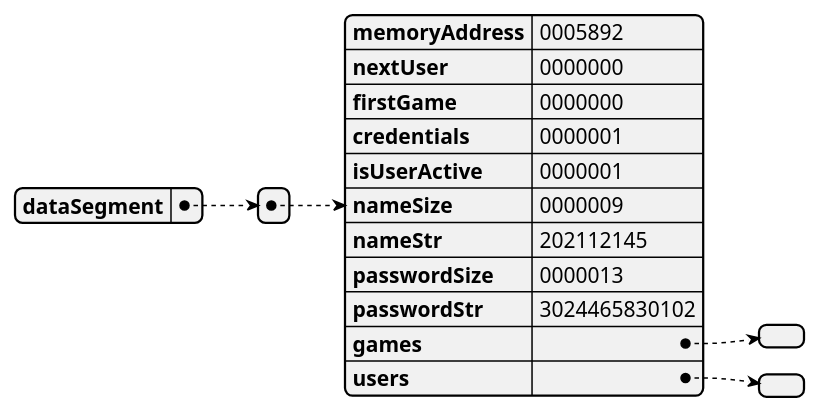
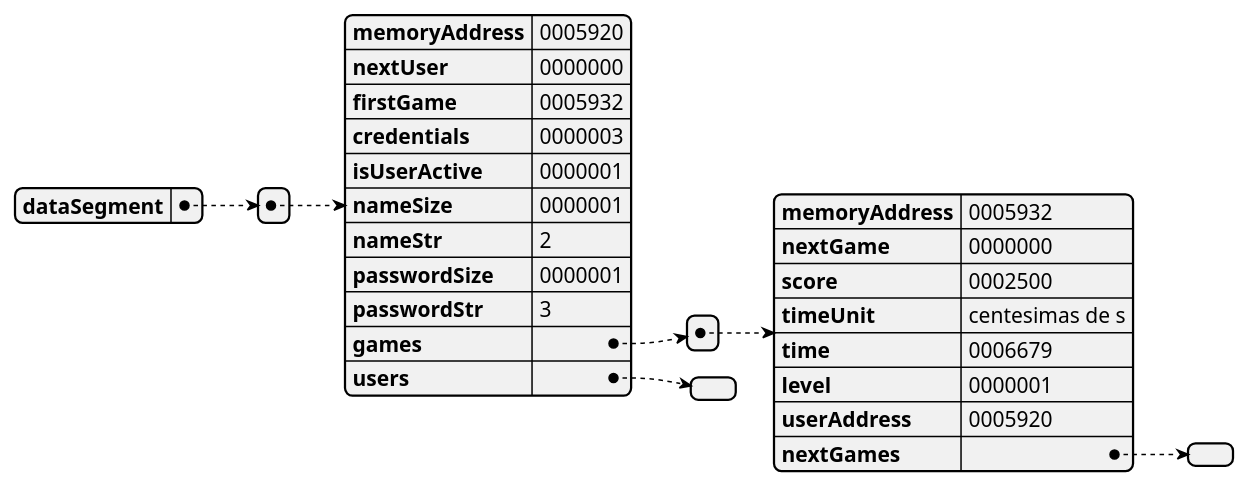
One commit to danielcuque/ACE1-PROYECTO2 changed the diagram in docs/uml/README.md. Above: the diagram before and after it, drawn with PlantUML. The commit also changed 6 other files, not shown here.

Commit message:
fix: get memory value instead memory address player name

`````diff
--- a/docs/uml/README.md
+++ b/docs/uml/README.md
@@ -1,16 +1,22 @@
 ````plantuml
 @startjson memoryGraph
 {"dataSegment":
-[{"memoryAddress":"0005892",
+[{"memoryAddress":"0005920",
 "nextUser":"0000000",
-"firstGame":"0000000",
-"credentials":"0000001",
+"firstGame":"0005932",
+"credentials":"0000003",
 "isUserActive":"0000001",
-"nameSize":"0000009",
-"nameStr":"202112145",
-"passwordSize":"0000013",
-"passwordStr":"3024465830102",
-"games":[],
+"nameSize":"0000001",
+"nameStr":"2",
+"passwordSize":"0000001",
+"passwordStr":"3",
+"games":[{"memoryAddress":"0005932",
+"nextGame":"0000000",
+"score":"0002500",
+"timeUnit":"centesimas de s","time":"0006679",
+"level":"0000001",
+"userAddress":"0005920",
+"nextGames":[]}],
 "users":[]}]}
 @endjson
 ````
`````
